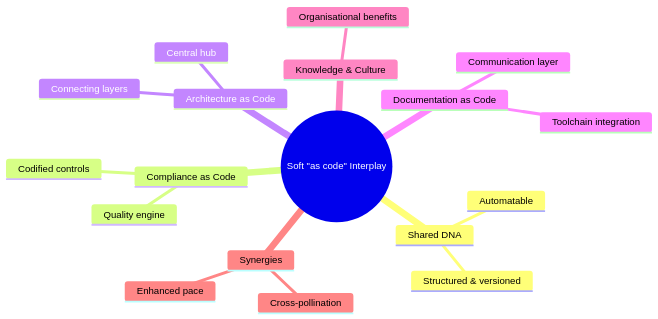
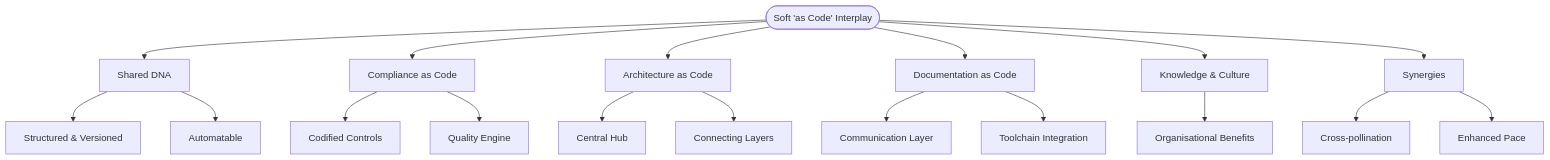
The diagram in docs/images/mindmap_23_soft_as_code_overview.mmd (Geonitab/architecture_as_code), drawn with Mermaid before and after one commit. The commit also changed 31 other files, not shown here.

First line of the commit message:
Improve diagram readability: convert mindmaps to graph TD, redesign key diagrams

```diff
--- a/docs/images/mindmap_23_soft_as_code_overview.mmd
+++ b/docs/images/mindmap_23_soft_as_code_overview.mmd
@@ -1,19 +1,19 @@
-mindmap
-  root((Soft "as code" Interplay))
-    Shared DNA
-      Structured & versioned
-      Automatable
-    Compliance as Code
-      Codified controls
-      Quality engine
-    Architecture as Code
-      Central hub
-      Connecting layers
-    Documentation as Code
-      Communication layer
-      Toolchain integration
-    Knowledge & Culture
-      Organisational benefits
-    Synergies
-      Cross-pollination
-      Enhanced pace
+graph TD
+    ROOT(["Soft 'as Code' Interplay"])
+    ROOT --> SD["Shared DNA"]
+    ROOT --> CC["Compliance as Code"]
+    ROOT --> AAC["Architecture as Code"]
+    ROOT --> DAC["Documentation as Code"]
+    ROOT --> KC["Knowledge & Culture"]
+    ROOT --> SYN["Synergies"]
+    SD --> SD1["Structured & Versioned"]
+    SD --> SD2["Automatable"]
+    CC --> CC1["Codified Controls"]
+    CC --> CC2["Quality Engine"]
+    AAC --> AAC1["Central Hub"]
+    AAC --> AAC2["Connecting Layers"]
+    DAC --> DAC1["Communication Layer"]
+    DAC --> DAC2["Toolchain Integration"]
+    KC --> KC1["Organisational Benefits"]
+    SYN --> SYN1["Cross-pollination"]
+    SYN --> SYN2["Enhanced Pace"]
```
